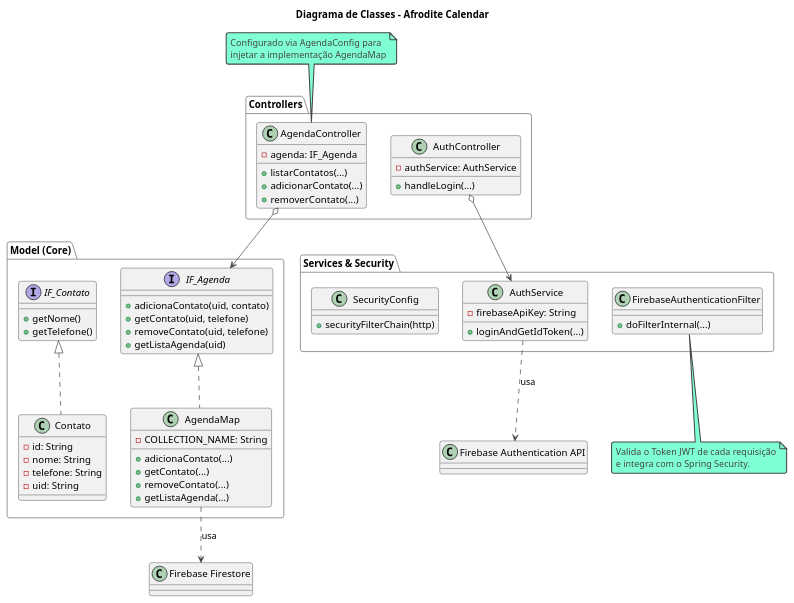
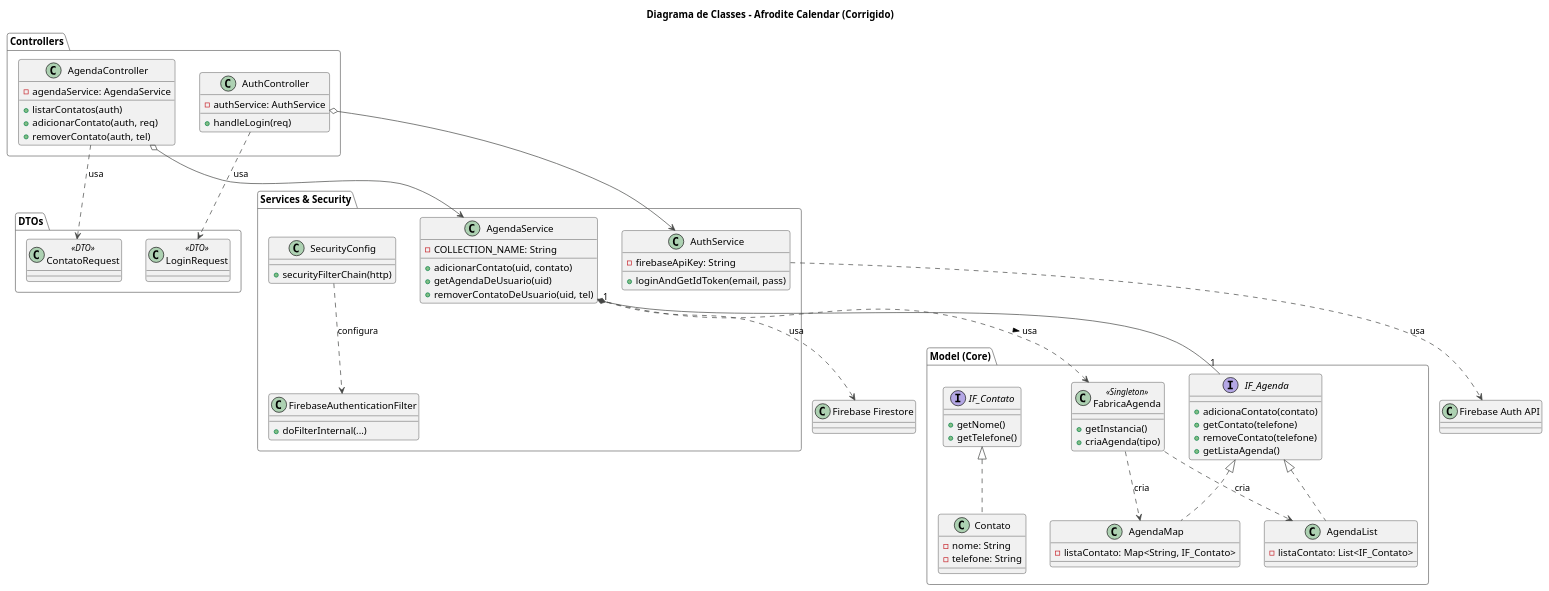
One commit to KalvinAlbuquerque/ES-StudyCase01 changed the diagram in agenda/agenda/diagramas/diagrama_de_classe.puml. Above: the diagram before and after it, drawn with PlantUML. The commit also changed 8 other files, not shown here.

Commit message:
Adicionado diagrama entidade relacionamento // adicionado teste da camada de persistencia

```diff
--- a/agenda/agenda/diagramas/diagrama_de_classe.puml
+++ b/agenda/agenda/diagramas/diagrama_de_classe.puml
@@ -1,80 +1,95 @@
-@startuml diagrama_de_classe
-' Thema para um visual mais moderno
+@startuml diagrama_de_classe_corrigido
 !theme vibrant
 
-title Diagrama de Classes - Afrodite Calendar 
+title Diagrama de Classes - Afrodite Calendar (Corrigido)
+
+package "DTOs" {
+  class "ContatoRequest" <<DTO>>
+  class "LoginRequest" <<DTO>>
+}
 
 package "Controllers" {
   class AgendaController {
-    - agenda: IF_Agenda
-    + listarContatos(...)
-    + adicionarContato(...)
-    + removerContato(...)
+    - agendaService: AgendaService
+    + listarContatos(auth)
+    + adicionarContato(auth, req)
+    + removerContato(auth, tel)
   }
+  AgendaController ..> "ContatoRequest" : usa
 
   class AuthController {
     - authService: AuthService
-    + handleLogin(...)
+    + handleLogin(req)
   }
+  AuthController ..> "LoginRequest" : usa
 }
 
 package "Services & Security" {
+  class AgendaService {
+    - COLLECTION_NAME: String
+    + adicionarContato(uid, contato)
+    + getAgendaDeUsuario(uid)
+    + removerContatoDeUsuario(uid, tel)
+  }
+
   class AuthService {
     - firebaseApiKey: String
-    + loginAndGetIdToken(...)
+    + loginAndGetIdToken(email, pass)
   }
-
+  
   class FirebaseAuthenticationFilter {
     + doFilterInternal(...)
   }
-
+  
   class SecurityConfig {
     + securityFilterChain(http)
   }
 }
 
 package "Model (Core)" {
+  class FabricaAgenda <<Singleton>> {
+    + getInstancia()
+    + criaAgenda(tipo)
+  }
+
   interface IF_Agenda {
-    + adicionaContato(uid, contato)
-    + getContato(uid, telefone)
-    + removeContato(uid, telefone)
-    + getListaAgenda(uid)
+    + adicionaContato(contato)
+    + getContato(telefone)
+    + removeContato(telefone)
+    + getListaAgenda()
   }
 
   interface IF_Contato {
     + getNome()
     + getTelefone()
   }
 
   class Contato implements IF_Contato {
-    - id: String
     - nome: String
     - telefone: String
-    - uid: String
   }
-
+  
+  class AgendaList implements IF_Agenda {
+    - listaContato: List<IF_Contato>
+  }
+  
   class AgendaMap implements IF_Agenda {
-    - COLLECTION_NAME: String
-    + adicionaContato(...)
-    + getContato(...)
-    + removeContato(...)
-    + getListaAgenda(...)
+    - listaContato: Map<String, IF_Contato>
   }
 }
 
 ' Relacionamentos
-AgendaController o--> IF_Agenda
+AgendaController o--> AgendaService
 AuthController o--> AuthService
 
-AgendaMap ..> "Firebase Firestore" : usa
-AuthService ..> "Firebase Authentication API" : usa
+AgendaService ..> FabricaAgenda : usa >
+AgendaService "1" *-- "1" IF_Agenda
+FabricaAgenda ..> AgendaList : cria
+FabricaAgenda ..> AgendaMap : cria
 
-note "Configurado via AgendaConfig para\ninjetar a implementação AgendaMap" as N1
-N1 .. AgendaController
+AgendaService ..> "Firebase Firestore" : usa
+AuthService ..> "Firebase Auth API" : usa
 
-note bottom of FirebaseAuthenticationFilter
-  Valida o Token JWT de cada requisição
-  e integra com o Spring Security.
-end note
+SecurityConfig ..> FirebaseAuthenticationFilter : configura
 
 @enduml
```
